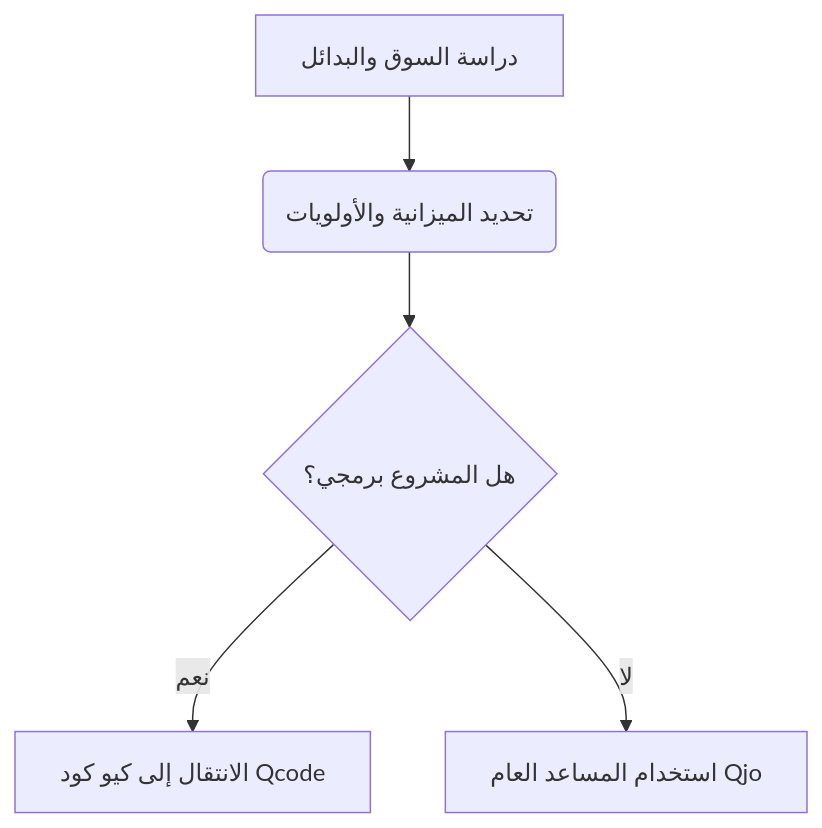
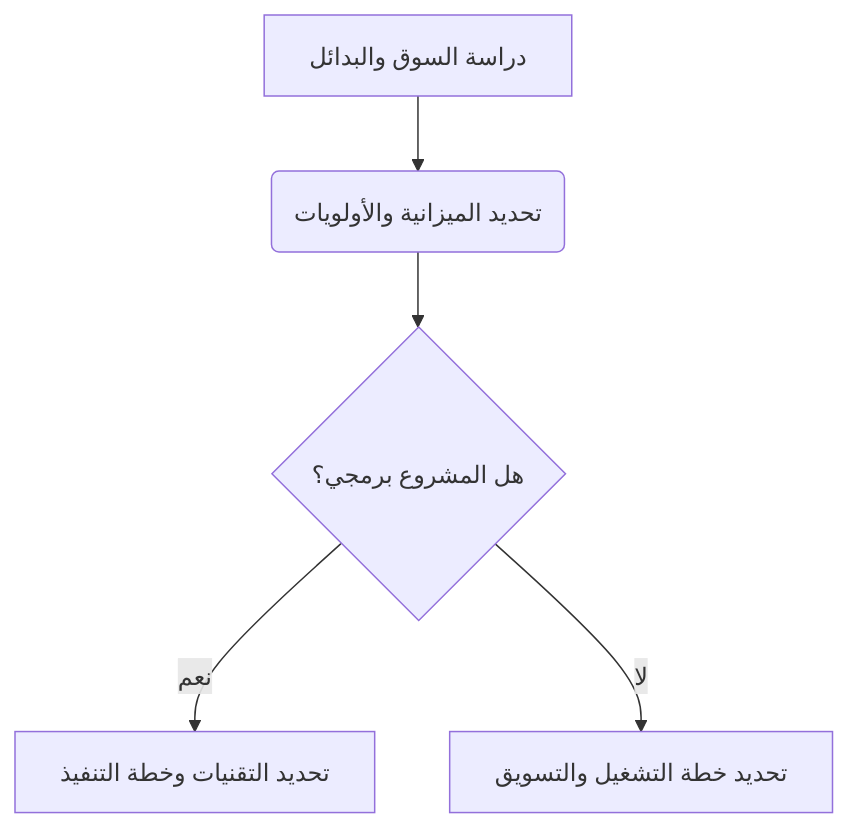
The diagram in QJO_FULL_TRAINING_PROMPT.md (Qusaiamer12/qjo-ai), drawn with Mermaid before and after one commit. The commit also changed other lines of this file and 25 other files, not shown here.

First line of the commit message:
Split Q-Spark and Qcode out to focus the launch on Qjo chat

````diff
--- a/QJO_FULL_TRAINING_PROMPT.md
+++ b/QJO_FULL_TRAINING_PROMPT.md
@@ -532,7 +503,7 @@
          ```mermaid
          flowchart TD
            A[دراسة السوق والبدائل] --> B(تحديد الميزانية والأولويات)
            B --> C{هل المشروع برمجي؟}
-           C -- نعم --> D[الانتقال إلى كيو كود Qcode]
-           C -- لا --> E[استخدام المساعد العام Qjo]
+           C -- نعم --> D[تحديد التقنيات وخطة التنفيذ]
+           C -- لا --> E[تحديد خطة التشغيل والتسويق]
          ```
````
